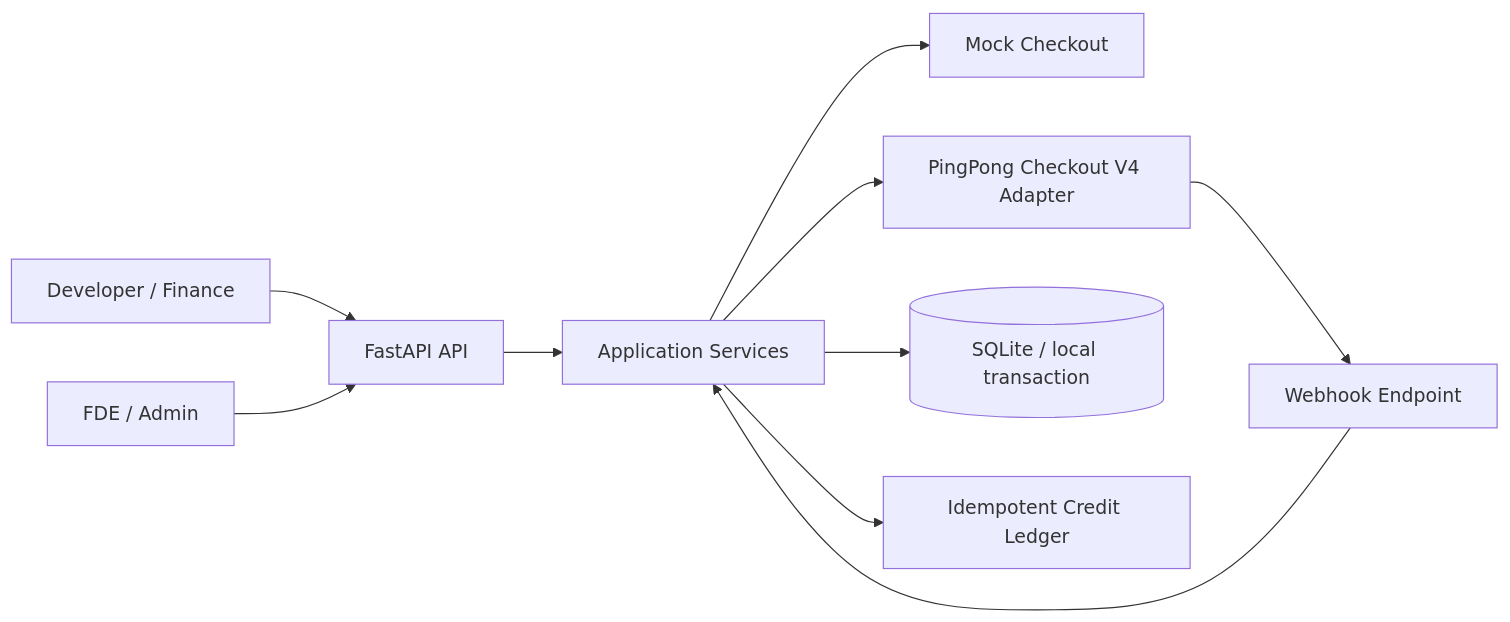
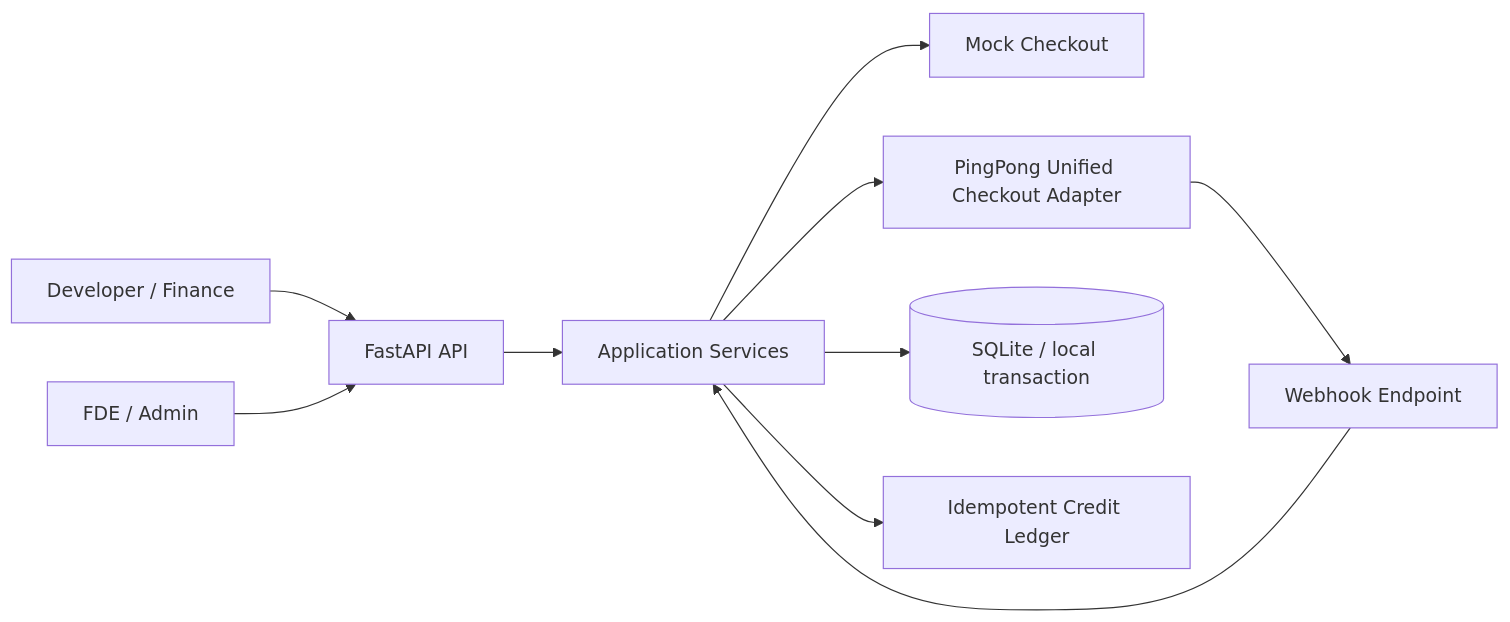
Before and after one commit to jonji886/pingpong-checkout-vcc-integration-poc: the first of 7 diagrams in docs/03-solution-design.md, drawn with Mermaid. The commit also changed other lines of this file and 12 other files, not shown here.

````diff
--- a/docs/03-solution-design.md
+++ b/docs/03-solution-design.md
@@ -7,12 +7,12 @@
 ```mermaid
 flowchart LR
     User[Developer / Finance] --> API[FastAPI API]
     API --> App[Application Services]
     App --> Mock[Mock Checkout]
-    App --> PP[PingPong Checkout V4 Adapter]
+    App --> PP[PingPong Unified Checkout Adapter]
     PP --> Webhook[Webhook Endpoint]
     Webhook --> App
     App --> DB[(SQLite / local transaction)]
     App --> Ledger[Idempotent Credit Ledger]
     FDE[FDE / Admin] --> API
 ```
````
